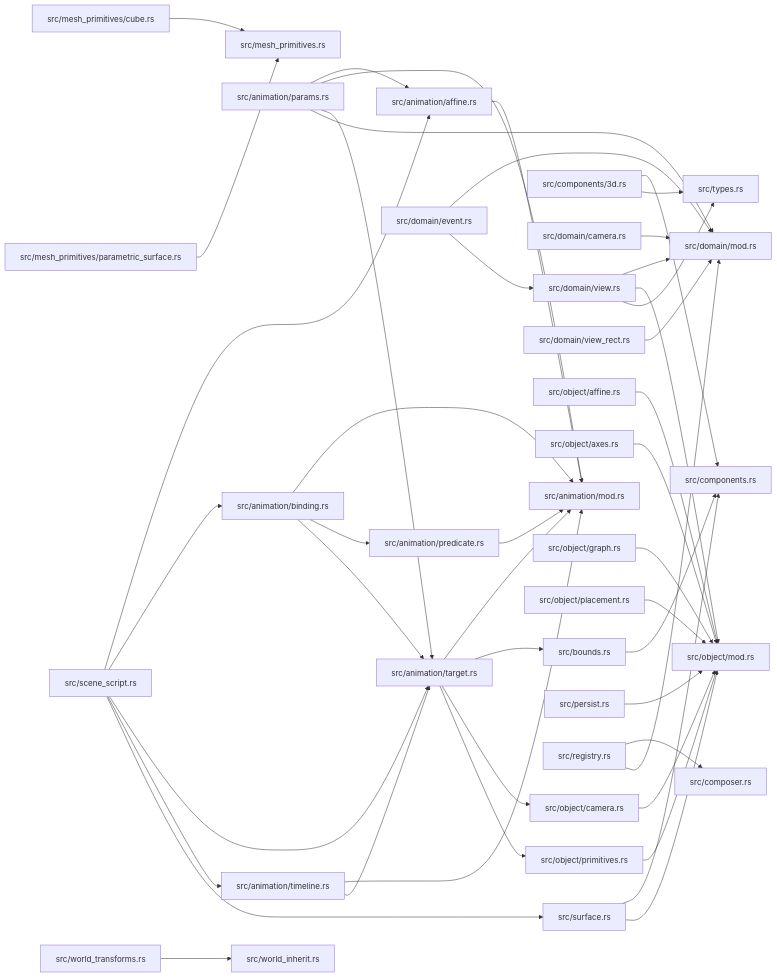
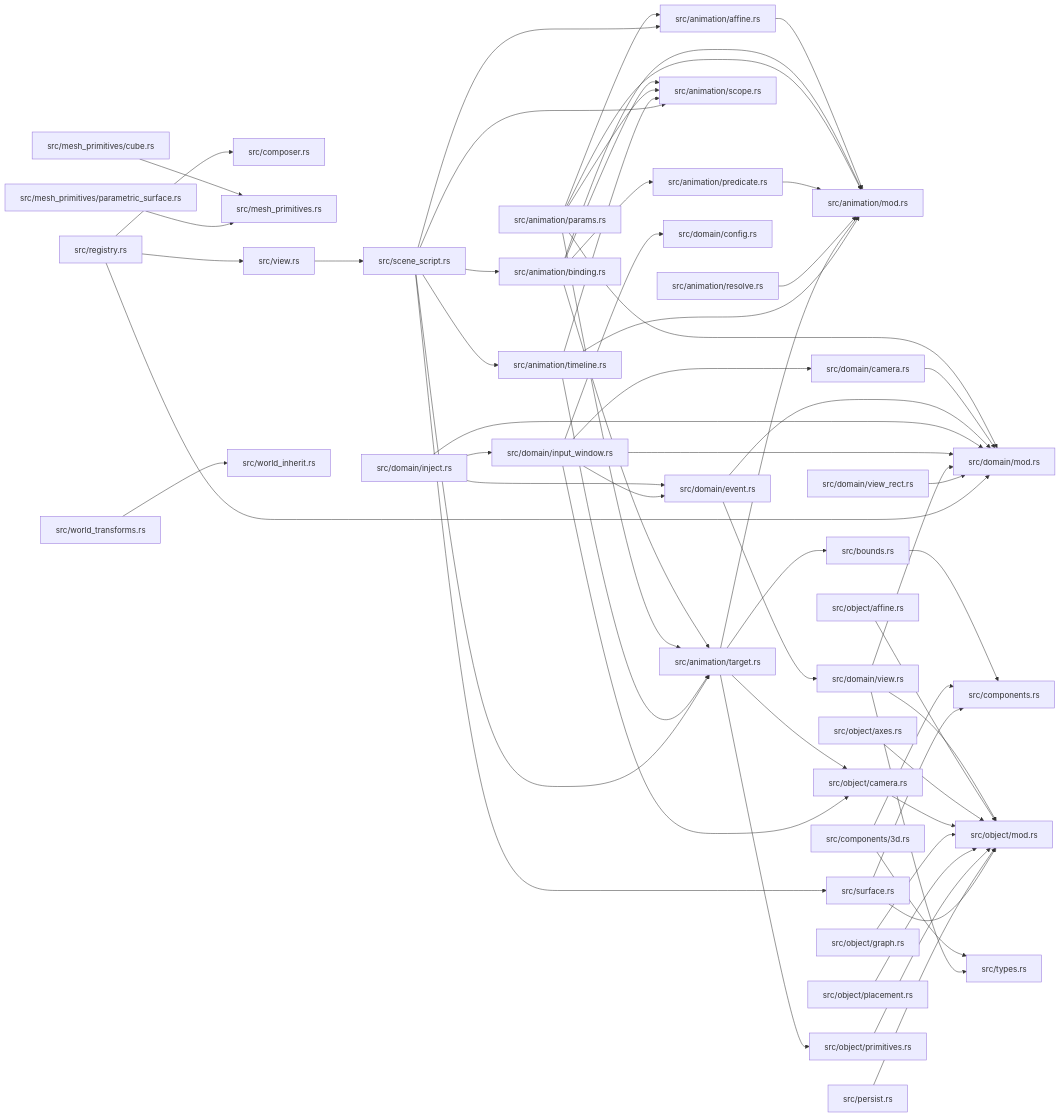
Before and after one commit to xcrtp/zela: the diagram in docs/modules/ze-scene-core.md, drawn with Mermaid. The commit also changed other lines of this file and 154 other files, not shown here.

````diff
--- a/docs/modules/ze-scene-core.md
+++ b/docs/modules/ze-scene-core.md
@@ -69,78 +74,99 @@
     f0["src/animation/affine.rs"]
     f2["src/animation/binding.rs"]
     f1["src/animation/mod.rs"]
-    f5["src/animation/params.rs"]
+    f6["src/animation/params.rs"]
     f3["src/animation/predicate.rs"]
-    f4["src/animation/target.rs"]
-    f10["src/animation/timeline.rs"]
-    f7["src/bounds.rs"]
-    f11["src/components.rs"]
-    f12["src/components/3d.rs"]
-    f28["src/composer.rs"]
-    f14["src/domain/camera.rs"]
-    f15["src/domain/event.rs"]
-    f6["src/domain/mod.rs"]
-    f16["src/domain/view.rs"]
-    f18["src/domain/view_rect.rs"]
-    f20["src/mesh_primitives.rs"]
-    f19["src/mesh_primitives/cube.rs"]
-    f21["src/mesh_primitives/parametric_surface.rs"]
-    f22["src/object/affine.rs"]
-    f23["src/object/axes.rs"]
-    f8["src/object/camera.rs"]
-    f24["src/object/graph.rs"]
-    f17["src/object/mod.rs"]
-    f25["src/object/placement.rs"]
-    f9["src/object/primitives.rs"]
-    f26["src/persist.rs"]
-    f27["src/registry.rs"]
-    f29["src/scene_script.rs"]
-    f30["src/surface.rs"]
-    f13["src/types.rs"]
-    f32["src/world_inherit.rs"]
-    f31["src/world_transforms.rs"]
+    f8["src/animation/resolve.rs"]
+    f4["src/animation/scope.rs"]
+    f5["src/animation/target.rs"]
+    f12["src/animation/timeline.rs"]
+    f9["src/bounds.rs"]
+    f13["src/components.rs"]
+    f14["src/components/3d.rs"]
+    f33["src/composer.rs"]
+    f16["src/domain/camera.rs"]
+    f21["src/domain/config.rs"]
+    f17["src/domain/event.rs"]
+    f19["src/domain/inject.rs"]
+    f20["src/domain/input_window.rs"]
+    f7["src/domain/mod.rs"]
+    f18["src/domain/view.rs"]
+    f23["src/domain/view_rect.rs"]
+    f25["src/mesh_primitives.rs"]
+    f24["src/mesh_primitives/cube.rs"]
+    f26["src/mesh_primitives/parametric_surface.rs"]
+    f27["src/object/affine.rs"]
+    f28["src/object/axes.rs"]
+    f10["src/object/camera.rs"]
+    f29["src/object/graph.rs"]
+    f22["src/object/mod.rs"]
+    f30["src/object/placement.rs"]
+    f11["src/object/primitives.rs"]
+    f31["src/persist.rs"]
+    f32["src/registry.rs"]
+    f35["src/scene_script.rs"]
+    f36["src/surface.rs"]
+    f15["src/types.rs"]
+    f34["src/view.rs"]
+    f38["src/world_inherit.rs"]
+    f37["src/world_transforms.rs"]
     f0 --> f1
     f2 --> f1
     f2 --> f3
     f2 --> f4
-    f5 --> f0
+    f2 --> f5
+    f6 --> f0
+    f6 --> f1
+    f6 --> f4
+    f6 --> f5
+    f6 --> f7
+    f3 --> f1
+    f8 --> f1
     f5 --> f1
-    f5 --> f4
-    f5 --> f6
-    f3 --> f1
-    f4 --> f1
-    f4 --> f7
-    f4 --> f8
-    f4 --> f9
-    f10 --> f1
-    f10 --> f4
-    f7 --> f11
-    f12 --> f11
-    f12 --> f13
-    f14 --> f6
-    f15 --> f6
-    f15 --> f16
-    f16 --> f6
-    f16 --> f17
-    f16 --> f13
-    f18 --> f6
+    f5 --> f9
+    f5 --> f10
+    f5 --> f11
+    f12 --> f1
+    f12 --> f4
+    f12 --> f5
+    f9 --> f13
+    f14 --> f13
+    f14 --> f15
+    f16 --> f7
+    f17 --> f7
+    f17 --> f18
+    f19 --> f17
     f19 --> f20
-    f21 --> f20
-    f22 --> f17
-    f23 --> f17
-    f8 --> f17
-    f24 --> f17
-    f25 --> f17
-    f9 --> f17
-    f26 --> f17
-    f27 --> f28
-    f27 --> f6
-    f29 --> f0
-    f29 --> f2
-    f29 --> f4
-    f29 --> f10
-    f29 --> f30
-    f30 --> f11
-    f30 --> f17
-    f31 --> f32
+    f19 --> f7
+    f20 --> f16
+    f20 --> f21
+    f20 --> f17
+    f20 --> f7
+    f20 --> f10
+    f18 --> f7
+    f18 --> f22
+    f18 --> f15
+    f23 --> f7
+    f24 --> f25
+    f26 --> f25
+    f27 --> f22
+    f28 --> f22
+    f10 --> f22
+    f29 --> f22
+    f30 --> f22
+    f11 --> f22
+    f31 --> f22
+    f32 --> f33
+    f32 --> f7
+    f32 --> f34
+    f35 --> f0
+    f35 --> f2
+    f35 --> f4
+    f35 --> f5
+    f35 --> f12
+    f35 --> f36
+    f36 --> f13
+    f36 --> f22
+    f34 --> f35
+    f37 --> f38
 ```
````
